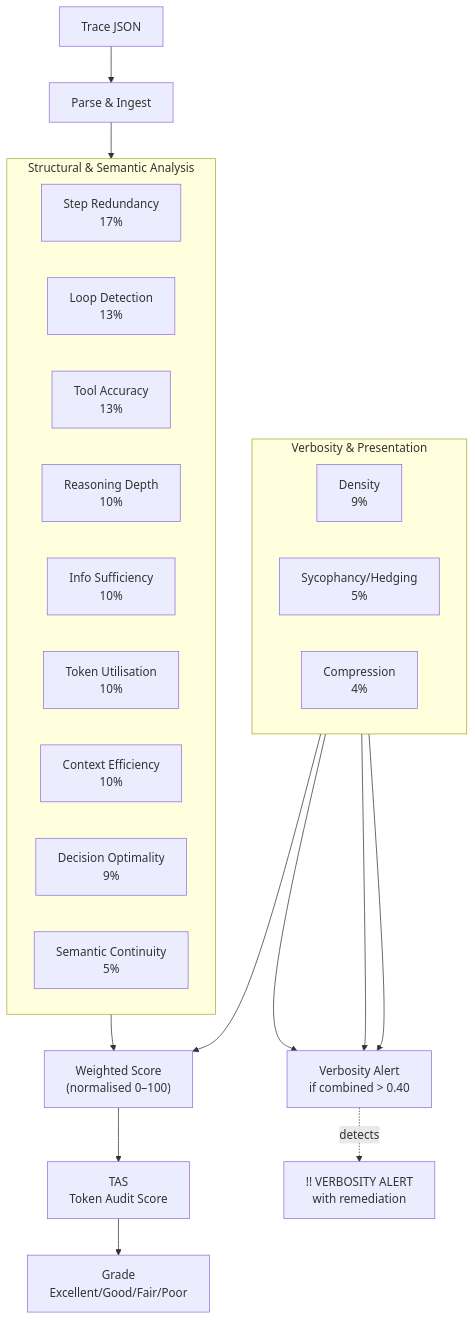
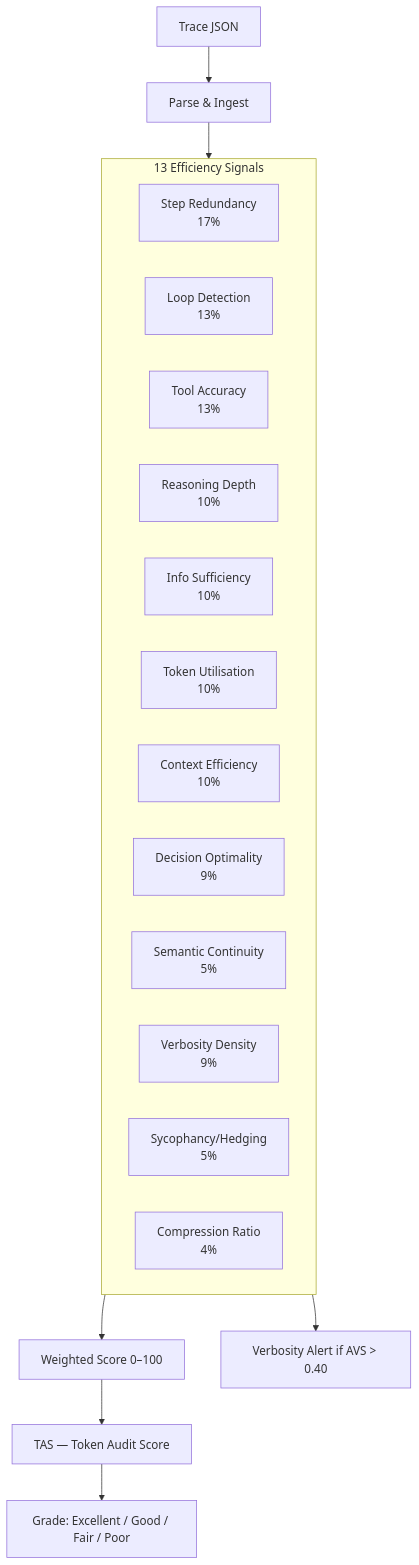
Before and after one commit to ZulfaqarHafez/TraceRazor: the first of 4 diagrams in README.md, drawn with Mermaid. The commit also changed other lines of this file and 2 other files, not shown here.

````diff
--- a/README.md
+++ b/README.md
@@ -290,33 +64,26 @@
 ```mermaid
 flowchart TD
     T[Trace JSON] --> P[Parse & Ingest]
-    P --> M["Compute All Signals"]
+    P --> M
 
-    subgraph M["Structural & Semantic Analysis"]
+    subgraph M["13 Efficiency Signals"]
         direction LR
         S1["Step Redundancy\n17%"]
         S2["Loop Detection\n13%"]
         S3["Tool Accuracy\n13%"]
         S4["Reasoning Depth\n10%"]
         S5["Info Sufficiency\n10%"]
         S6["Token Utilisation\n10%"]
         S7["Context Efficiency\n10%"]
         S8["Decision Optimality\n9%"]
         S9["Semantic Continuity\n5%"]
+        V1["Verbosity Density\n9%"]
+        V2["Sycophancy/Hedging\n5%"]
+        V3["Compression Ratio\n4%"]
     end
 
-    subgraph V["Verbosity & Presentation"]
-        direction LR
-        V1["Density\n9%"]
-        V2["Sycophancy/Hedging\n5%"]
-        V3["Compression\n4%"]
-    end
-
-    M --> W["Weighted Score\n(normalised 0–100)"]
-    V --> W
-    W --> TAS["TAS\nToken Audit Score"]
-    TAS --> G["Grade\nExcellent/Good/Fair/Poor"]
-
-    V1 & V2 & V3 --> AVS["Verbosity Alert\nif combined > 0.40"]
-    AVS -.->|detects| VA["!! VERBOSITY ALERT\nwith remediation"]
+    M --> W["Weighted Score 0–100"]
+    W --> TAS["TAS — Token Audit Score"]
+    TAS --> G["Grade: Excellent / Good / Fair / Poor"]
+    M --> AVS["Verbosity Alert if AVS > 0.40"]
 ```
````
